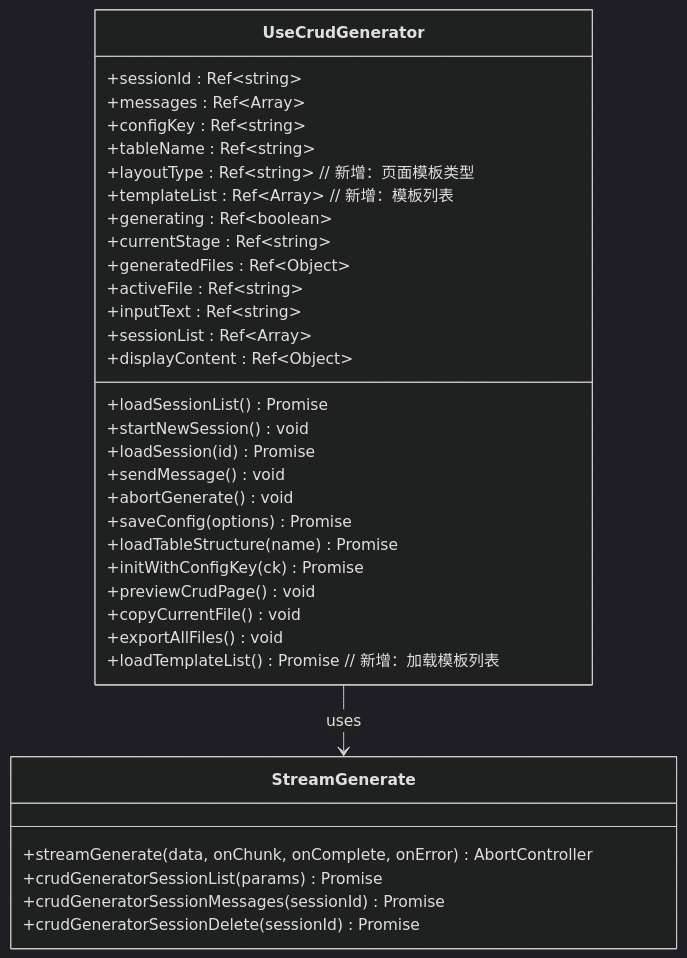
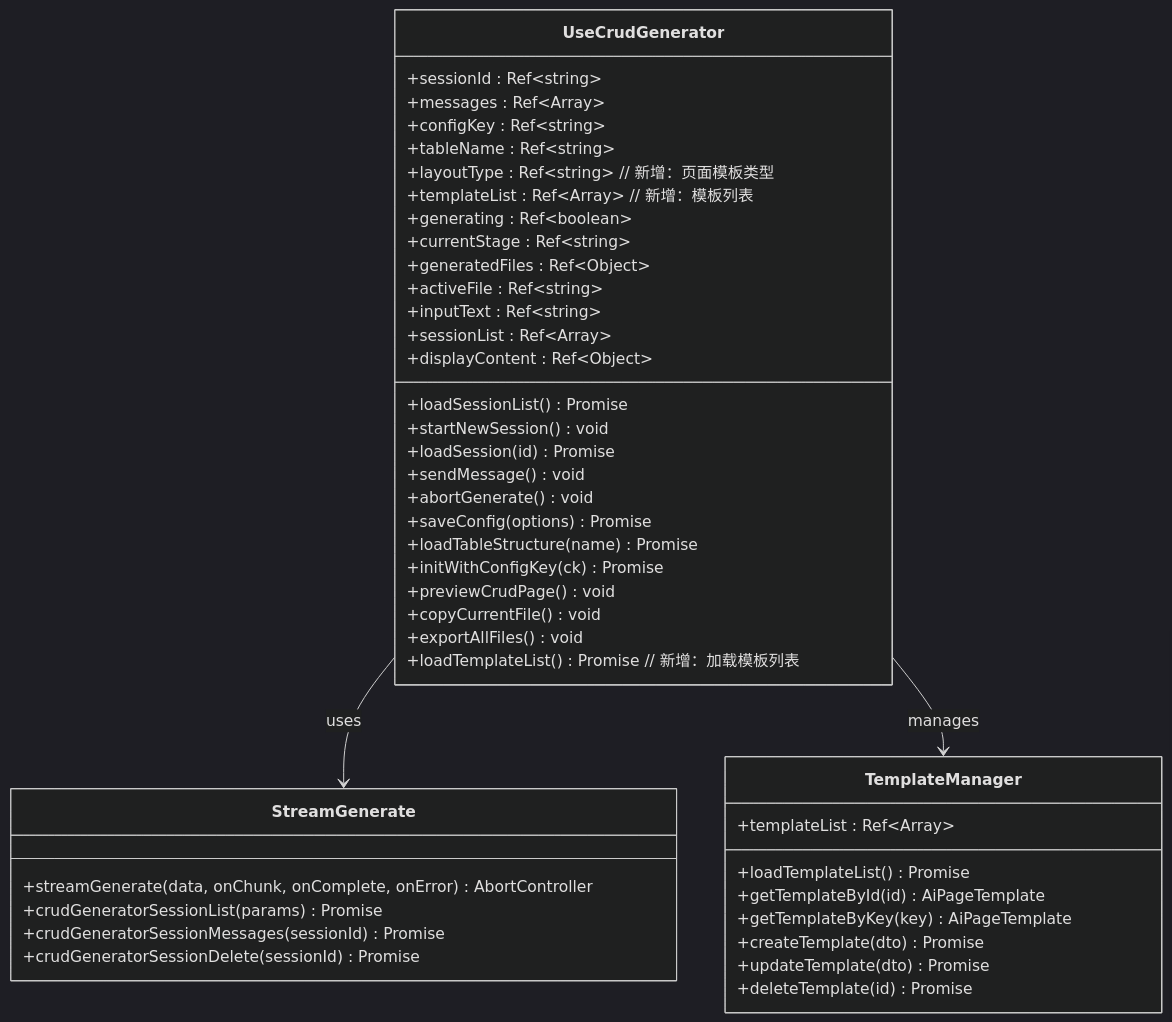
One commit to yaomindong1996/forge-admin changed the second of 14 diagrams in .qoder/repowiki/zh/content/核心功能模块/AI CRUD生成器.md. Above: the diagram before and after it, drawn with Mermaid (dark theme). The commit also changed other lines of this file and 68 other files, not shown here.

````diff
--- a/.qoder/repowiki/zh/content/核心功能模块/AI CRUD生成器.md
+++ b/.qoder/repowiki/zh/content/核心功能模块/AI CRUD生成器.md
@@ -120,37 +141,47 @@
 ```mermaid
 classDiagram
 class UseCrudGenerator {
 +sessionId : Ref~string~
 +messages : Ref~Array~
 +configKey : Ref~string~
 +tableName : Ref~string~
 +layoutType : Ref~string~ // 新增：页面模板类型
 +templateList : Ref~Array~ // 新增：模板列表
 +generating : Ref~boolean~
 +currentStage : Ref~string~
 +generatedFiles : Ref~Object~
 +activeFile : Ref~string~
 +inputText : Ref~string~
 +sessionList : Ref~Array~
 +displayContent : Ref~Object~
 +loadSessionList() Promise
 +startNewSession() void
 +loadSession(id) Promise
 +sendMessage() void
 +abortGenerate() void
 +saveConfig(options) Promise
 +loadTableStructure(name) Promise
 +initWithConfigKey(ck) Promise
 +previewCrudPage() void
 +copyCurrentFile() void
 +exportAllFiles() void
 +loadTemplateList() Promise // 新增：加载模板列表
 }
 class StreamGenerate {
 +streamGenerate(data, onChunk, onComplete, onError) AbortController
 +crudGeneratorSessionList(params) Promise
 +crudGeneratorSessionMessages(sessionId) Promise
 +crudGeneratorSessionDelete(sessionId) Promise
 }
+class TemplateManager {
++templateList : Ref~Array~
++loadTemplateList() Promise
++getTemplateById(id) AiPageTemplate
++getTemplateByKey(key) AiPageTemplate
++createTemplate(dto) Promise
++updateTemplate(dto) Promise
++deleteTemplate(id) Promise
+}
 UseCrudGenerator --> StreamGenerate : uses
+UseCrudGenerator --> TemplateManager : manages
 ```
````
